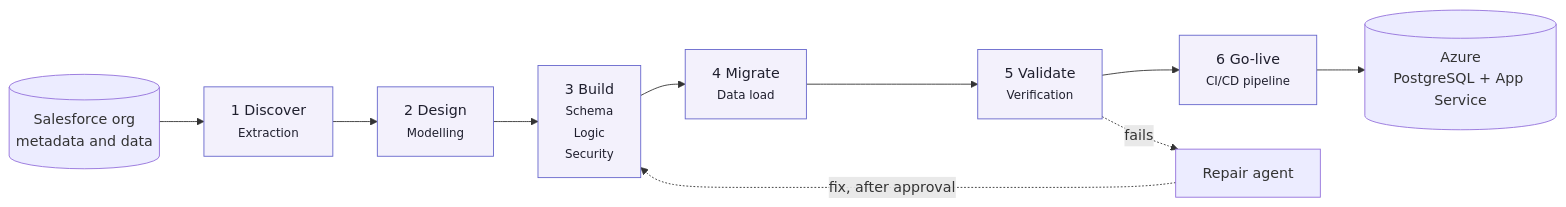
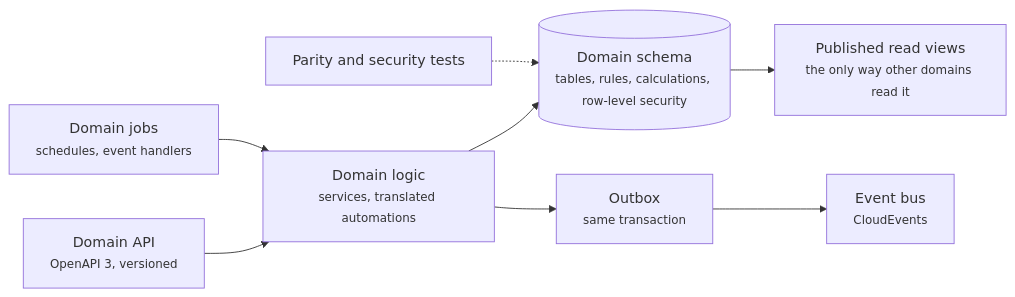
The fourth of 16 diagrams in adlc/2-design/modelling/design/HLD.md (himantgupta-alt/crm-genie), drawn with Mermaid before and after one commit. The commit also changed other lines of this file and 49 other files, not shown here.

First line of the commit message:
Client pack, target-state platform architecture and deck slide

````diff
--- a/adlc/2-design/modelling/design/HLD.md
+++ b/adlc/2-design/modelling/design/HLD.md
@@ -88,20 +146,9 @@
 ```mermaid
 flowchart LR
-  SF[("Salesforce org<br/>metadata and data")]
-  P0["1 Discover<br/><small>Extraction</small>"]
-  SF --> P0
-  P1["2 Design<br/><small>Modelling</small>"]
-  P0 --> P1
-  P2["3 Build<br/><small>Schema<br/>Logic<br/>Security</small>"]
-  P1 --> P2
-  P3["4 Migrate<br/><small>Data load</small>"]
-  P2 --> P3
-  P4["5 Validate<br/><small>Verification</small>"]
-  P3 --> P4
-  P5["6 Go-live<br/><small>CI/CD pipeline</small>"]
-  P4 --> P5
-  P5 --> AZ[("Azure<br/>PostgreSQL + App Service")]
-  P4 -. "fails" .-> R["Repair agent"] -. "fix, after approval" .-> P2
-  classDef phase fill:#F3F1FC,stroke:#6666CC,color:#1F1F2E;
-  class P0,P1,P2,P3,P4,P5 phase;
+  API["Domain API<br/><small>OpenAPI 3, versioned</small>"] --> LOGIC["Domain logic<br/><small>services, translated automations</small>"]
+  JOBS["Domain jobs<br/><small>schedules, event handlers</small>"] --> LOGIC
+  LOGIC --> SCHEMA[("Domain schema<br/><small>tables, rules, calculations, row-level security</small>")]
+  LOGIC --> OUT["Outbox<br/><small>same transaction</small>"] --> BUS["Event bus<br/><small>CloudEvents</small>"]
+  SCHEMA --> VIEWS["Published read views<br/><small>the only way other domains read it</small>"]
+  TESTS["Parity and security tests"] -.-> SCHEMA
 ```
````
